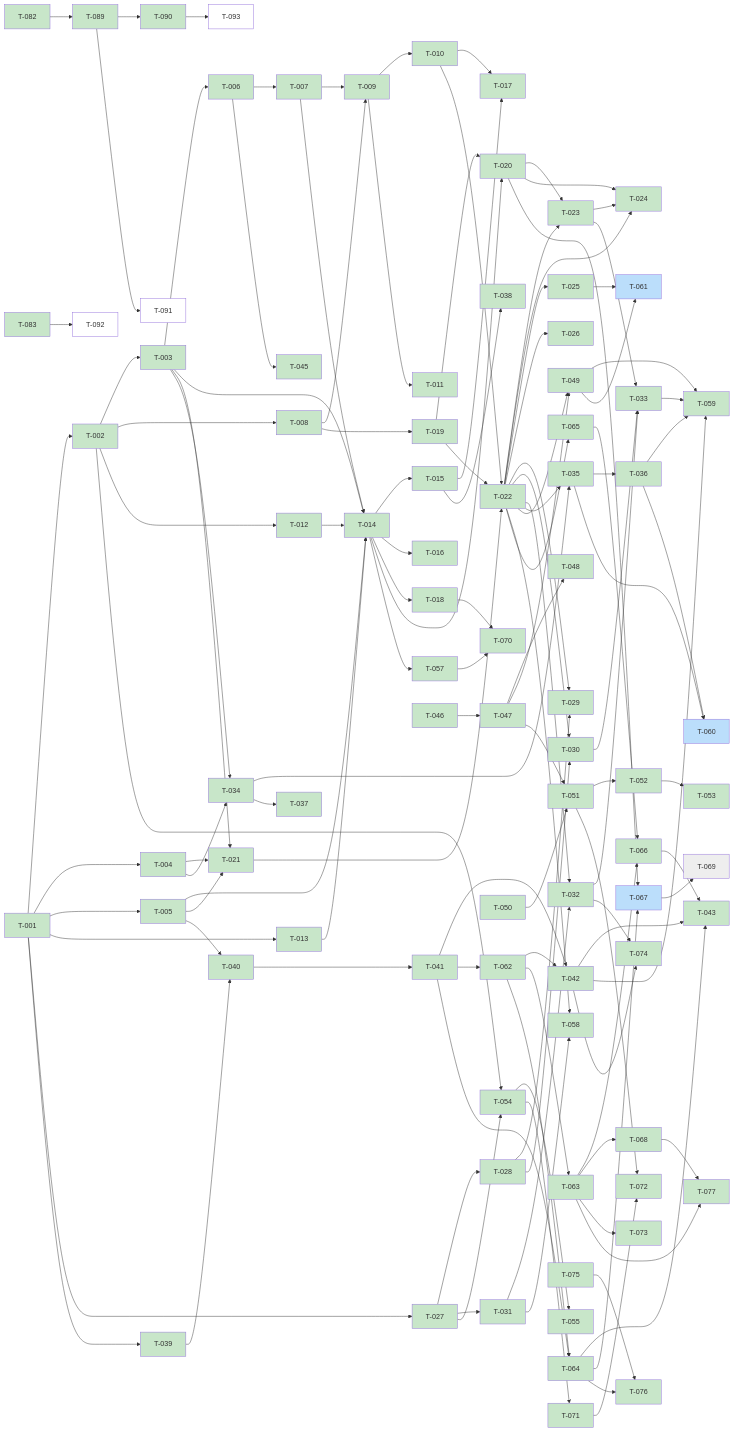
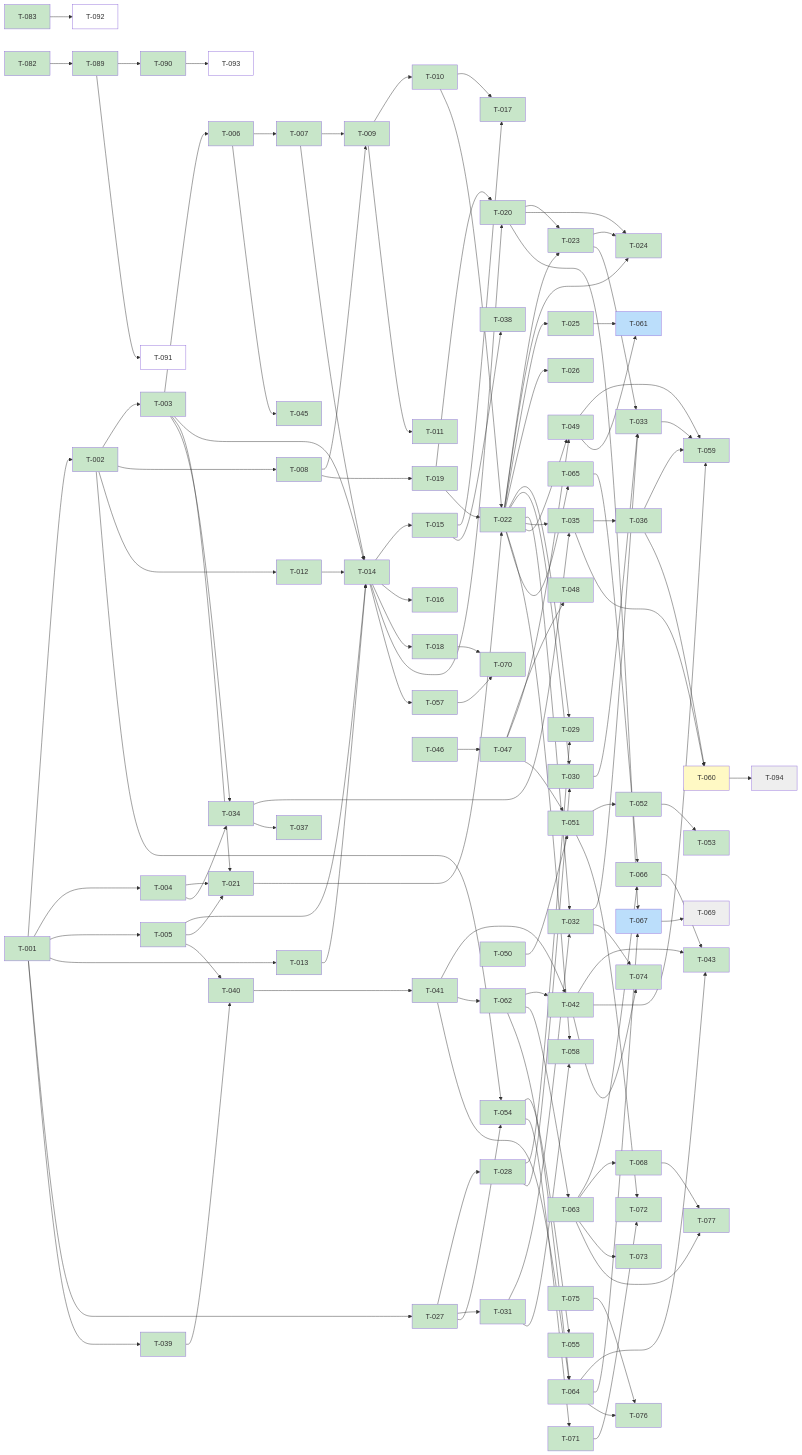
The diagram in kanban/BOARD.md (scholtz/biatec-chat), drawn with Mermaid before and after one commit. The commit also changed other lines of this file and 2 other files, not shown here.

Commit message:
kanban: T-060 → review, new T-094 (widget export and erase)

````diff
--- a/kanban/BOARD.md
+++ b/kanban/BOARD.md
@@ -247,13 +248,15 @@
   T089[T-089] --> T091[T-091]
   T083[T-083] --> T092[T-092]
   T090[T-090] --> T093[T-093]
+  T060[T-060] --> T094[T-094]
   classDef done fill:#c8e6c9
   classDef review fill:#fff9c4
   classDef inprogress fill:#bbdefb
   classDef backlog fill:#ffffff
   classDef blocked fill:#eeeeee
   class T001,T002,T003,T004,T005,T006,T007,T008,T009,T010,T011,T012,T013,T014,T015,T016,T017,T018,T019,T020,T021,T022,T023,T024,T025,T026,T027,T028,T029,T030,T031,T032,T033,T034,T035,T036,T037,T038,T039,T040,T041,T042,T043,T044,T045,T046,T047,T048,T049,T050,T051,T052,T053,T054,T055,T056,T057,T058,T059,T062,T063,T064,T065,T066,T068,T070,T071,T072,T073,T074,T075,T076,T077,T078,T079,T080,T081,T082,T083,T084,T089,T090 done
-  class T087,T088,T060,T061,T067,T086 inprogress
+  class T060 review
+  class T087,T088,T061,T067,T086 inprogress
   class T085,T091,T092,T093 backlog
-  class T069 blocked
+  class T094,T069 blocked
 ```
````
